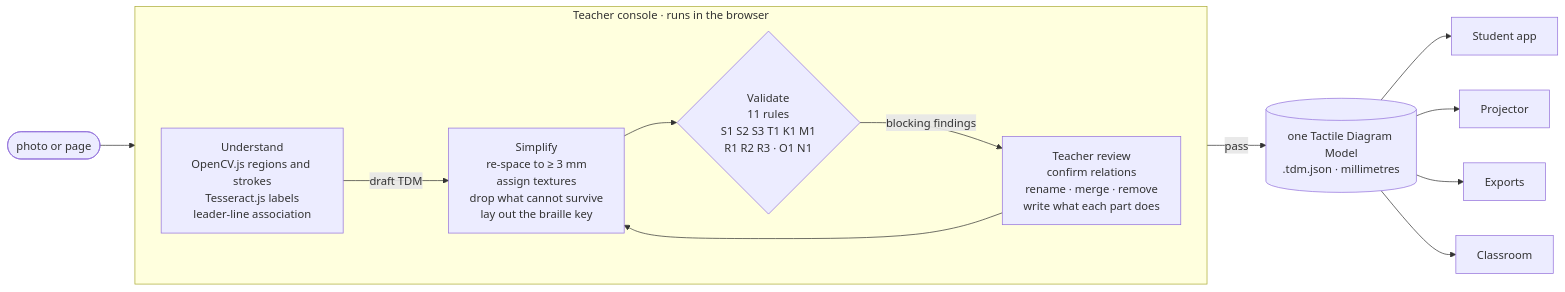
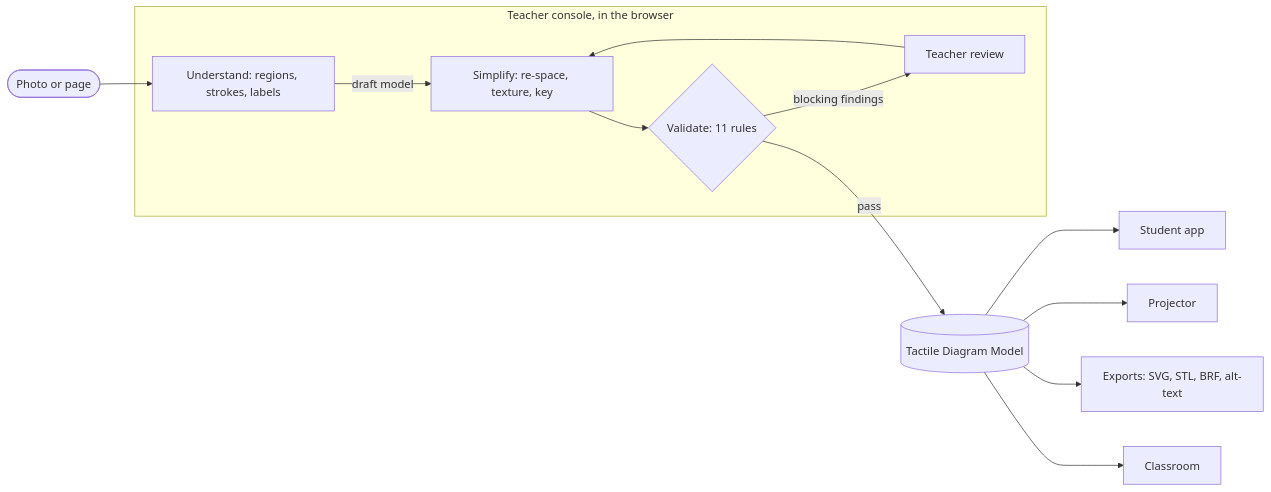
One commit to uttampreet-dev/TouchSight changed the first of 2 diagrams in README.md. Above: the diagram before and after it, drawn with Mermaid. The commit also changed other lines of this file, not shown here.

Commit message:
README opening and architecture diagram

````diff
--- a/README.md
+++ b/README.md
@@ -54,20 +49,19 @@
 ```mermaid
 flowchart LR
-    P([photo or page]) --> U
-
-    subgraph browser [Teacher console · runs in the browser]
-        direction LR
-        U["Understand<br/>OpenCV.js regions and strokes<br/>Tesseract.js labels<br/>leader-line association"]
-        S["Simplify<br/>re-space to ≥ 3 mm<br/>assign textures<br/>drop what cannot survive<br/>lay out the braille key"]
-        V{"Validate<br/>11 rules<br/>S1 S2 S3 T1 K1 M1<br/>R1 R2 R3 · O1 N1"}
-        T["Teacher review<br/>confirm relations<br/>rename · merge · remove<br/>write what each part does"]
-        U -->|draft TDM| S --> V
-        V -->|blocking findings| T --> S
+    P([Photo or page]) --> U
+    subgraph console [Teacher console, in the browser]
+        U[Understand: regions, strokes, labels]
+        S[Simplify: re-space, texture, key]
+        V{Validate: 11 rules}
+        T[Teacher review]
+        U -- draft model --> S
+        S --> V
+        V -- blocking findings --> T
+        T --> S
     end
-
-    V -->|pass| M[("one Tactile Diagram Model<br/>.tdm.json · millimetres")]
+    V -- pass --> M[(Tactile Diagram Model)]
     M --> A[Student app]
     M --> J[Projector]
-    M --> X[Exports]
+    M --> X[Exports: SVG, STL, BRF, alt-text]
     M --> C[Classroom]
 ```
````
